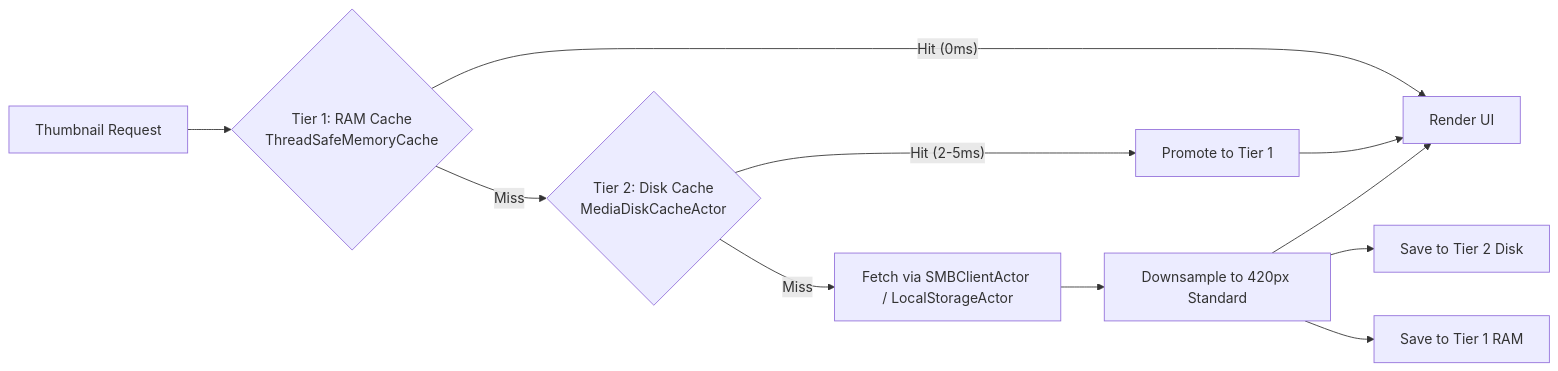
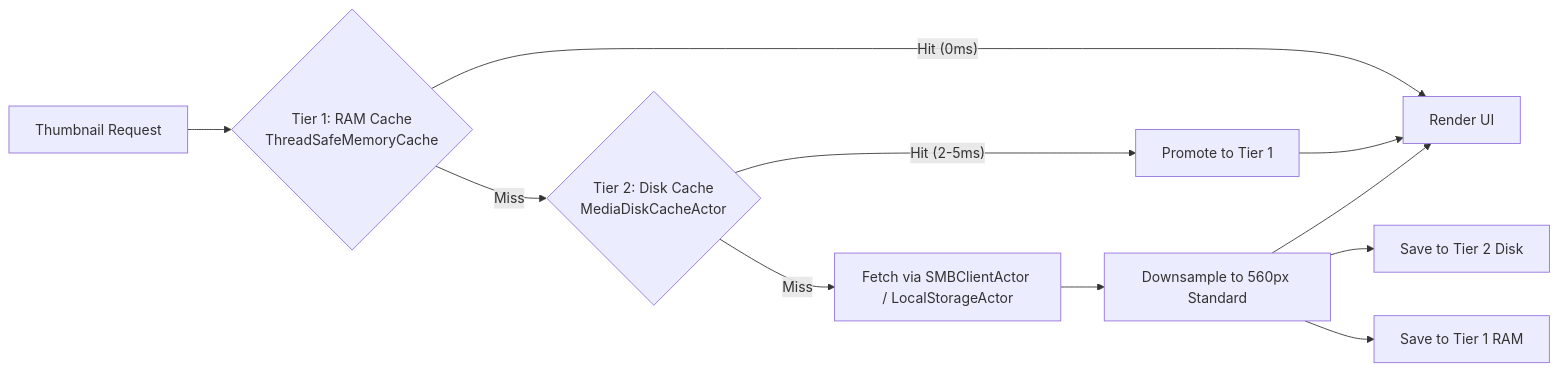
The first of 7 diagrams in README.md (NivekAlunya/com.acme.ios.fichier), drawn with Mermaid before and after one commit. The commit also changed other lines of this file and 19 other files, not shown here.

````diff
--- a/README.md
+++ b/README.md
@@ -80,12 +80,12 @@
 ```mermaid
 flowchart LR
     Request["Thumbnail Request"] --> Tier1{"Tier 1: RAM Cache<br/>ThreadSafeMemoryCache"}
     Tier1 -->|"Hit (0ms)"| Render["Render UI"]
     Tier1 -->|Miss| Tier2{"Tier 2: Disk Cache<br/>MediaDiskCacheActor"}
     Tier2 -->|"Hit (2-5ms)"| Promote["Promote to Tier 1"] --> Render
     Tier2 -->|Miss| Remote["Fetch via SMBClientActor / LocalStorageActor"]
-    Remote --> Downsample["Downsample to 420px Standard"]
+    Remote --> Downsample["Downsample to 560px Standard"]
     Downsample --> SaveDisk["Save to Tier 2 Disk"]
     Downsample --> SaveRAM["Save to Tier 1 RAM"]
     Downsample --> Render
 ```
````
